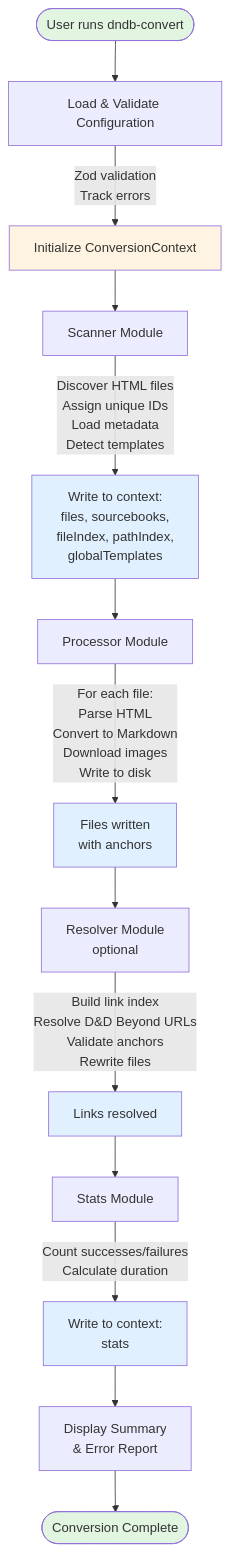
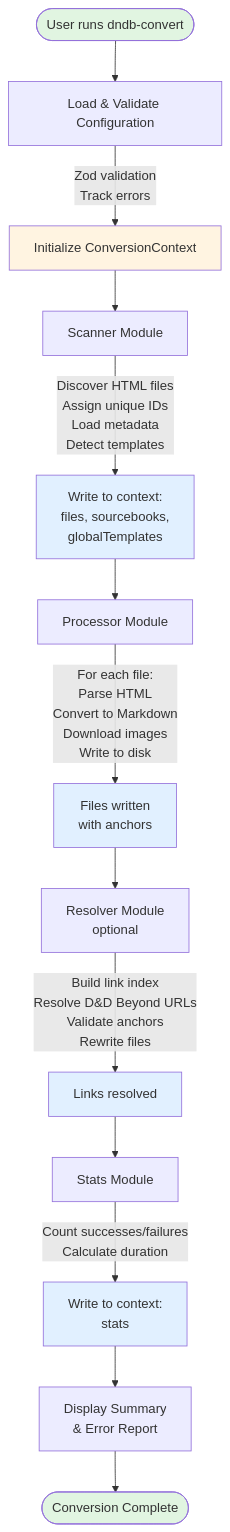
Before and after one commit to alancunha26/dndb-importer: the diagram in docs/rfcs/0001-dndbeyond-html-markdown-converter.md, drawn with Mermaid. The commit also changed other lines of this file and 10 other files, not shown here.

````diff
--- a/docs/rfcs/0001-dndbeyond-html-markdown-converter.md
+++ b/docs/rfcs/0001-dndbeyond-html-markdown-converter.md
@@ -59,28 +59,28 @@
 ```mermaid
 flowchart TD
     Start([User runs dndb-convert]) --> LoadConfig[Load & Validate Configuration]
     LoadConfig --> |Zod validation<br/>Track errors| InitCtx[Initialize ConversionContext]
 
     InitCtx --> Scanner[Scanner Module]
-    Scanner --> |Discover HTML files<br/>Assign unique IDs<br/>Load metadata<br/>Detect templates| ScannerWrite[Write to context:<br/>files, sourcebooks,<br/>fileIndex, pathIndex,<br/>globalTemplates]
+    Scanner --> |Discover HTML files<br/>Assign unique IDs<br/>Load metadata<br/>Detect templates| ScannerWrite[Write to context:<br/>files, sourcebooks,<br/>globalTemplates]
 
     ScannerWrite --> Processor[Processor Module]
     Processor --> |For each file:<br/>Parse HTML<br/>Convert to Markdown<br/>Download images<br/>Write to disk| ProcessorWrite[Files written<br/>with anchors]
 
     ProcessorWrite --> Resolver[Resolver Module<br/>optional]
     Resolver --> |Build link index<br/>Resolve D&D Beyond URLs<br/>Validate anchors<br/>Rewrite files| ResolverWrite[Links resolved]
 
     ResolverWrite --> Stats[Stats Module]
     Stats --> |Count successes/failures<br/>Calculate duration| StatsWrite[Write to context:<br/>stats]
 
     StatsWrite --> Display[Display Summary<br/>& Error Report]
     Display --> End([Conversion Complete])
 
     style Start fill:#e1f5e1
     style End fill:#e1f5e1
     style InitCtx fill:#fff4e1
     style ScannerWrite fill:#e1f0ff
     style ProcessorWrite fill:#e1f0ff
     style ResolverWrite fill:#e1f0ff
     style StatsWrite fill:#e1f0ff
 ```
````
